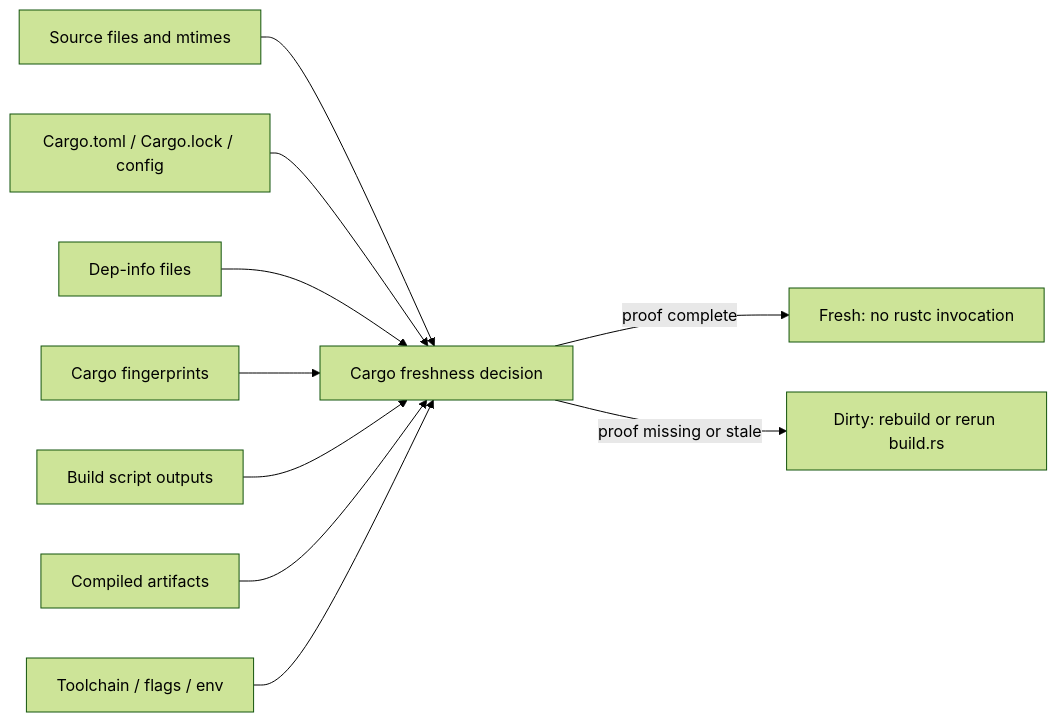
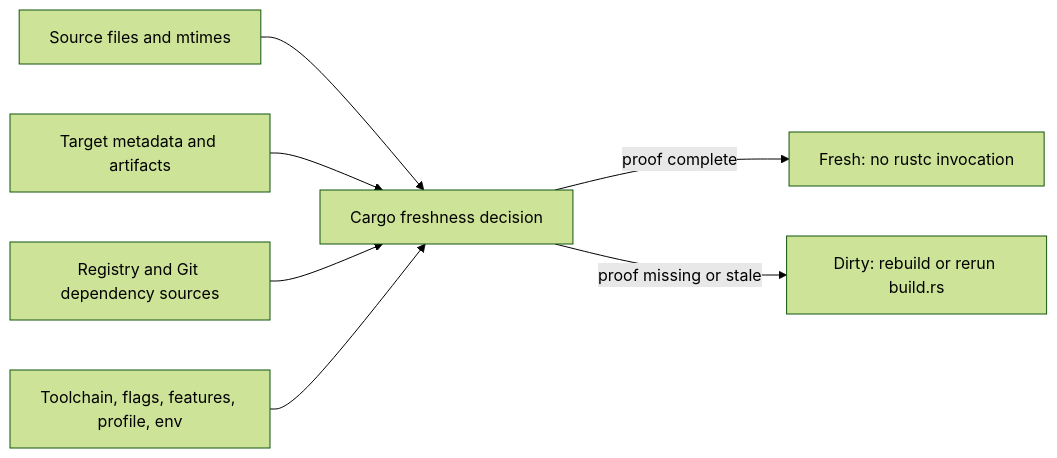
One commit to garysassano/cargo-ci-cache-archive changed the diagram in docs/concepts/cargo-freshness-model.md. Above: the diagram before and after it, drawn with Mermaid (forest theme). The commit also changed other lines of this file and 19 other files, not shown here.

````diff
--- a/docs/concepts/cargo-freshness-model.md
+++ b/docs/concepts/cargo-freshness-model.md
@@ -13,22 +9,16 @@
 ```mermaid
 flowchart LR
     source[Source files and mtimes]
-    manifests[Cargo.toml / Cargo.lock / config]
-    depinfo[Dep-info files]
-    fingerprints[Cargo fingerprints]
-    buildrs[Build script outputs]
-    artifacts[Compiled artifacts]
-    env[Toolchain / flags / env]
+    state[Target metadata and artifacts]
+    deps[Registry and Git dependency sources]
+    config[Toolchain, flags, features, profile, env]
     cargo[Cargo freshness decision]
 
     source --> cargo
-    manifests --> cargo
-    depinfo --> cargo
-    fingerprints --> cargo
-    buildrs --> cargo
-    artifacts --> cargo
-    env --> cargo
+    state --> cargo
+    deps --> cargo
+    config --> cargo
 
     cargo -->|proof complete| fresh[Fresh: no rustc invocation]
     cargo -->|proof missing or stale| dirty[Dirty: rebuild or rerun build.rs]
 ```
````
